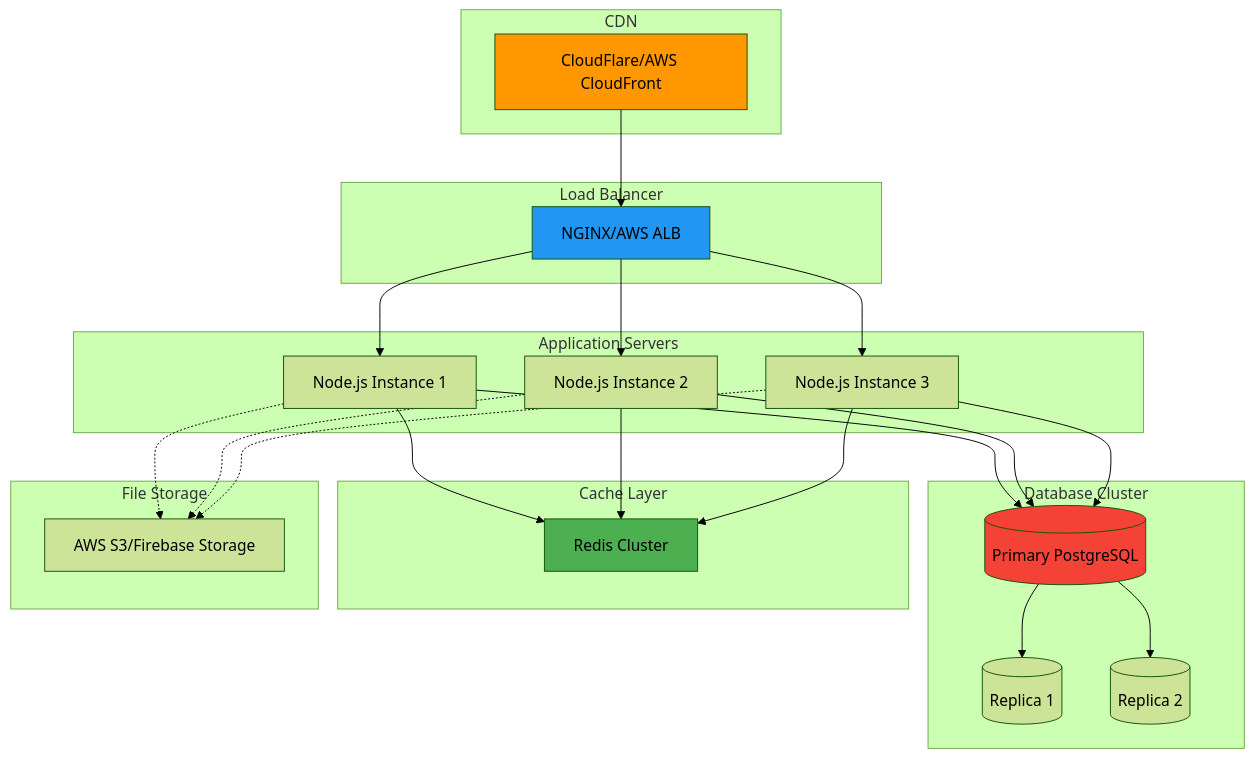
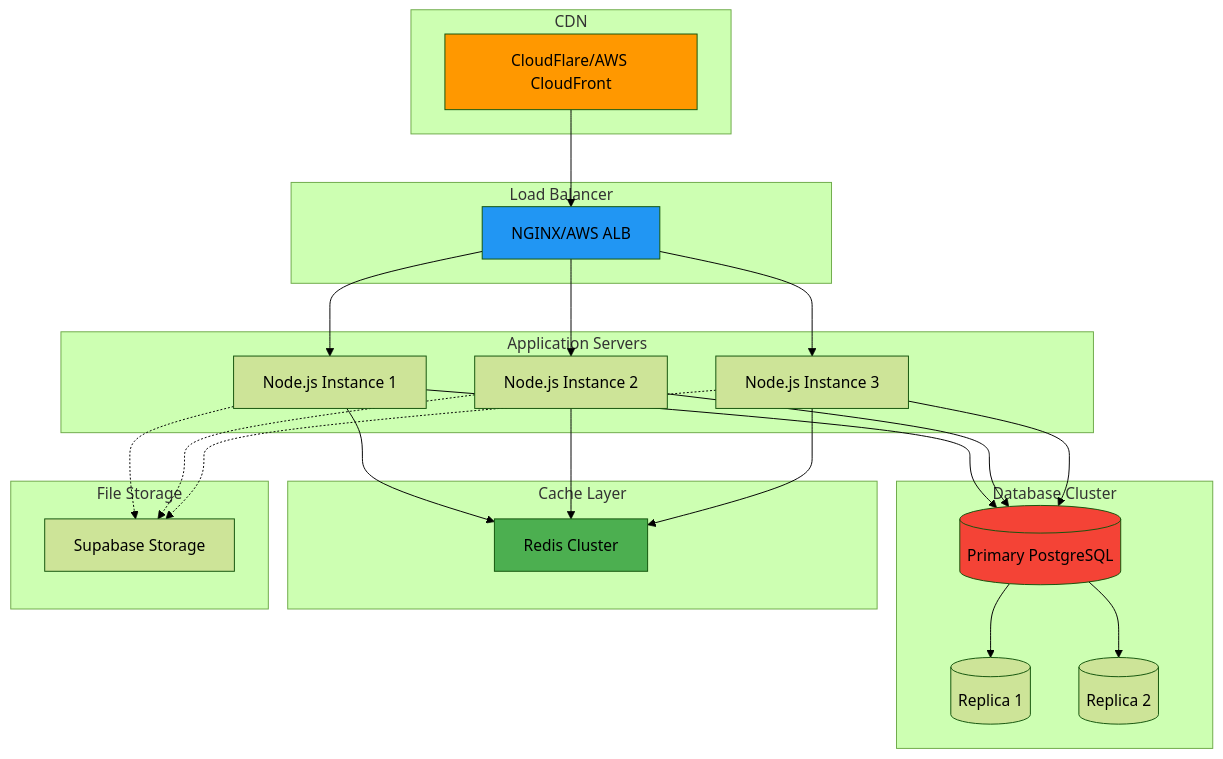
One commit to AbuZar-Babar/TrekPal changed the tenth of 11 diagrams in docs/ARCHITECTURE.md. Above: the diagram before and after it, drawn with Mermaid (forest theme). The commit also changed other lines of this file and 50 other files, not shown here.

````diff
--- a/docs/ARCHITECTURE.md
+++ b/docs/ARCHITECTURE.md
@@ -628,55 +628,55 @@
 ```mermaid
 graph TB
     subgraph "CDN"
         A[CloudFlare/AWS CloudFront]
     end
     
     subgraph "Load Balancer"
         B[NGINX/AWS ALB]
     end
     
     subgraph "Application Servers"
         C1[Node.js Instance 1]
         C2[Node.js Instance 2]
         C3[Node.js Instance 3]
     end
     
     subgraph "Database Cluster"
         D1[(Primary PostgreSQL)]
         D2[(Replica 1)]
         D3[(Replica 2)]
     end
     
     subgraph "Cache Layer"
         E[Redis Cluster]
     end
     
     subgraph "File Storage"
-        F[AWS S3/Firebase Storage]
+        F[Supabase Storage]
     end
     
     A --> B
     B --> C1
     B --> C2
     B --> C3
     
     C1 --> E
     C2 --> E
     C3 --> E
     
     C1 --> D1
     C2 --> D1
     C3 --> D1
     
     D1 --> D2
     D1 --> D3
     
     C1 -.-> F
     C2 -.-> F
     C3 -.-> F
     
     style A fill:#FF9800
     style B fill:#2196F3
     style D1 fill:#F44336
     style E fill:#4CAF50
 ```
````
